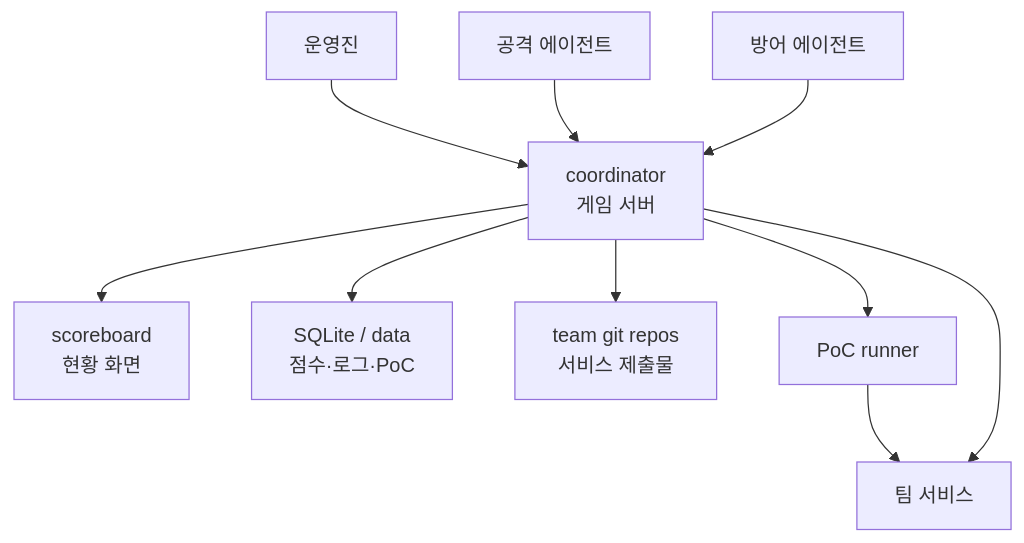
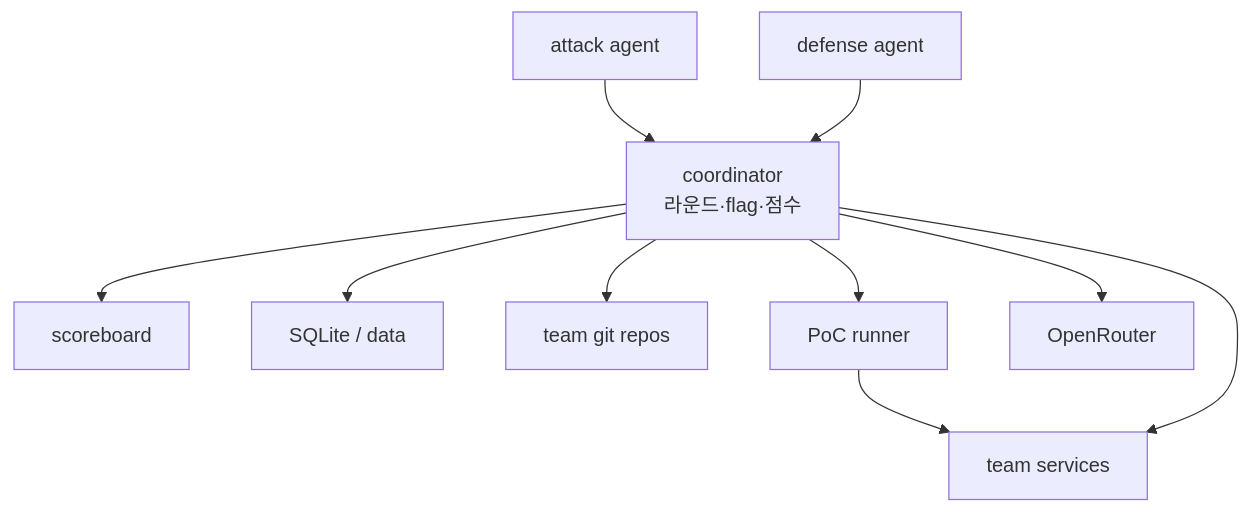
One commit to sane100400/livefire changed the first of 3 diagrams in README.md. Above: the diagram before and after it, drawn with Mermaid. The commit also changed other lines of this file and 32 other files, not shown here.

````diff
--- a/README.md
+++ b/README.md
@@ -19,13 +40,22 @@
 ```mermaid
 flowchart TD
-    O["운영진"] --> C["coordinator<br/>게임 서버"]
-    C --> B["scoreboard<br/>현황 화면"]
-    C --> DB["SQLite / data<br/>점수·로그·PoC"]
-    C --> G["team git repos<br/>서비스 제출물"]
+    C["coordinator<br/>라운드·flag·점수"]
+    B["scoreboard"]
+    DB["SQLite / data"]
+    G["team git repos"]
+    A["attack agent"]
+    D["defense agent"]
+    R["PoC runner"]
+    S["team services"]
+    L["OpenRouter"]
 
-    A["공격 에이전트"] --> C
-    D["방어 에이전트"] --> C
-    C --> R["PoC runner"]
-    R --> S["팀 서비스"]
+    C --> B
+    C --> DB
+    C --> G
+    A --> C
+    D --> C
+    C --> R
+    R --> S
     C --> S
+    C --> L
 ```
````
